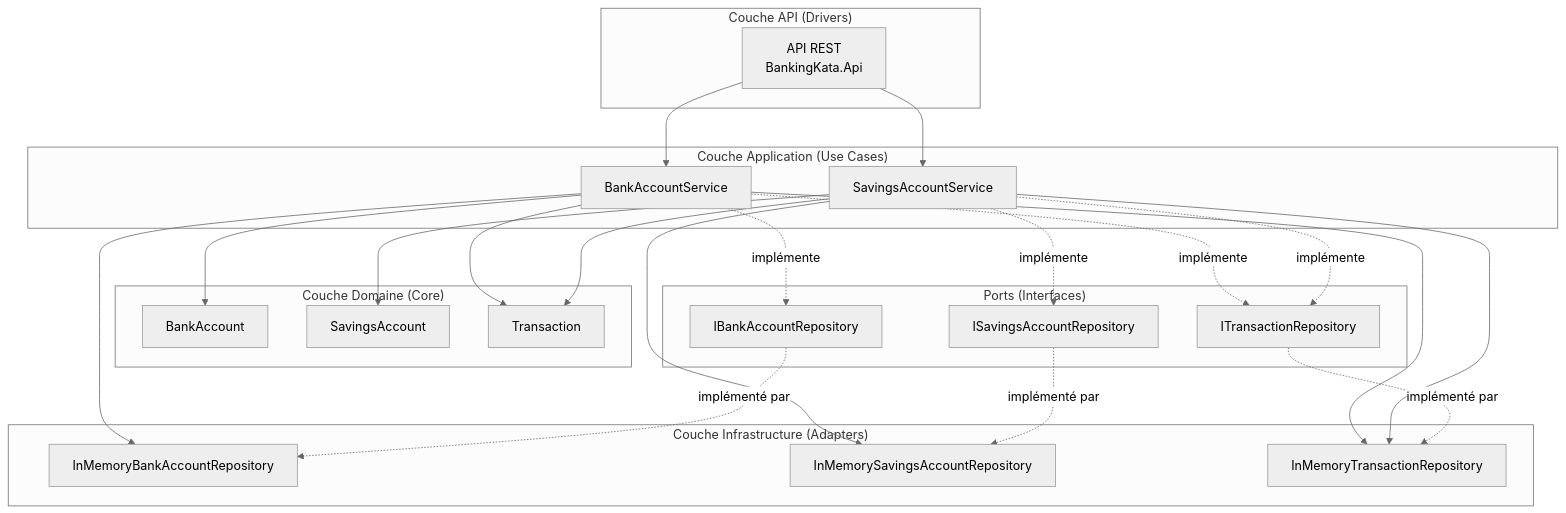
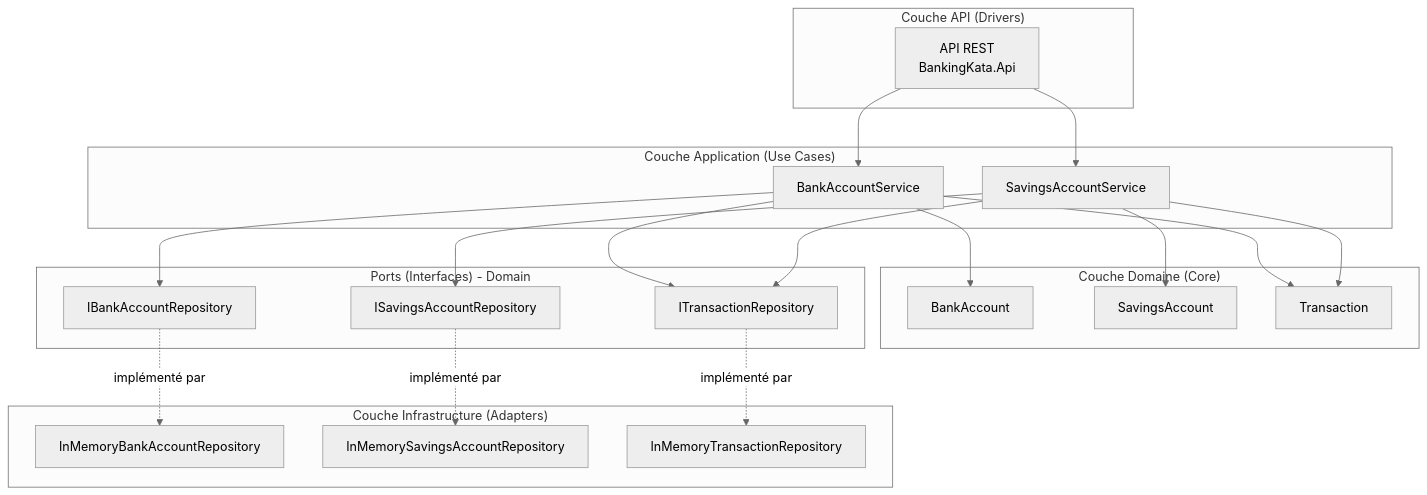
One commit to EL-R1/BankingKata changed the first of 2 diagrams in README.md. Above: the diagram before and after it, drawn with Mermaid (neutral theme). The commit also changed other lines of this file and 13 other files, not shown here.

First line of the commit message:
refactor: move ports to Domain layer to follow hexagonal architecture

````diff
--- a/README.md
+++ b/README.md
@@ -6,51 +6,46 @@
 ```mermaid
 graph TB
     subgraph "Couche API (Drivers)"
         API["API REST<br/>BankingKata.Api"]
     end
 
     subgraph "Couche Application (Use Cases)"
         AS["BankAccountService"]
         SAS["SavingsAccountService"]
     end
 
     subgraph "Couche Domaine (Core)"
         BA["BankAccount"]
         SA["SavingsAccount"]
         T["Transaction"]
     end
 
     subgraph "Couche Infrastructure (Adapters)"
         InMemRepo["InMemoryBankAccountRepository"]
         InMemSavRepo["InMemorySavingsAccountRepository"]
         InMemTxRepo["InMemoryTransactionRepository"]
     end
 
-    API --> AS
-    API --> SAS
-    
-    AS --> BA
-    AS --> InMemRepo
-    AS --> InMemTxRepo
-    AS --> T
-    
-    SAS --> SA
-    SAS --> InMemSavRepo
-    SAS --> InMemTxRepo
-    SAS --> T
-
-    subgraph "Ports (Interfaces)"
+    subgraph "Ports (Interfaces) - Domain"
         IRepo["IBankAccountRepository"]
         ISavRepo["ISavingsAccountRepository"]
         ITxRepo["ITransactionRepository"]
     end
 
-    AS -.->|implémente| IRepo
-    SAS -.->|implémente| ISavRepo
-    AS -.->|implémente| ITxRepo
-    SAS -.->|implémente| ITxRepo
+    API --> AS
+    API --> SAS
+    
+    AS --> BA
+    AS --> IRepo
+    AS --> ITxRepo
+    AS --> T
+    
+    SAS --> SA
+    SAS --> ISavRepo
+    SAS --> ITxRepo
+    SAS --> T
 
     IRepo -.->|implémenté par| InMemRepo
     ISavRepo -.->|implémenté par| InMemSavRepo
     ITxRepo -.->|implémenté par| InMemTxRepo
 ```
````
